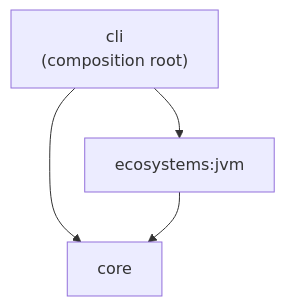
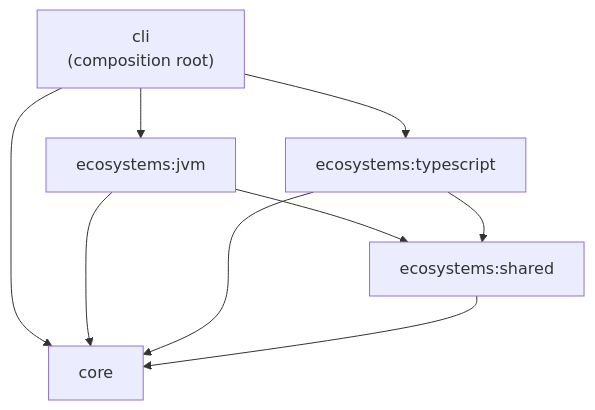
The second of 4 diagrams in docs/architecture/verify-pipeline.md (danvan86/lector-ai), drawn with Mermaid before and after one commit. The commit also changed other lines of this file and 9 other files, not shown here.

First line of the commit message:
docs(architecture): document the TypeScript adapter and sync the docs with M9

````diff
--- a/docs/architecture/verify-pipeline.md
+++ b/docs/architecture/verify-pipeline.md
@@ -50,6 +53,11 @@
 ```mermaid
 flowchart TB
     cli["cli<br/>(composition root)"] --> jvm["ecosystems:jvm"]
+    cli --> ts["ecosystems:typescript"]
     cli --> core
+    jvm --> shared["ecosystems:shared"]
+    ts --> shared
     jvm --> core
+    ts --> core
+    shared --> core
 ```
````
